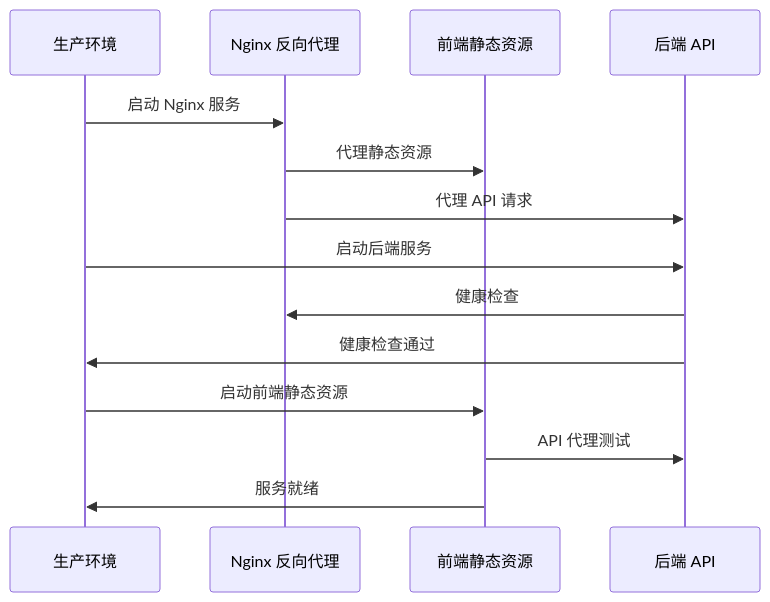
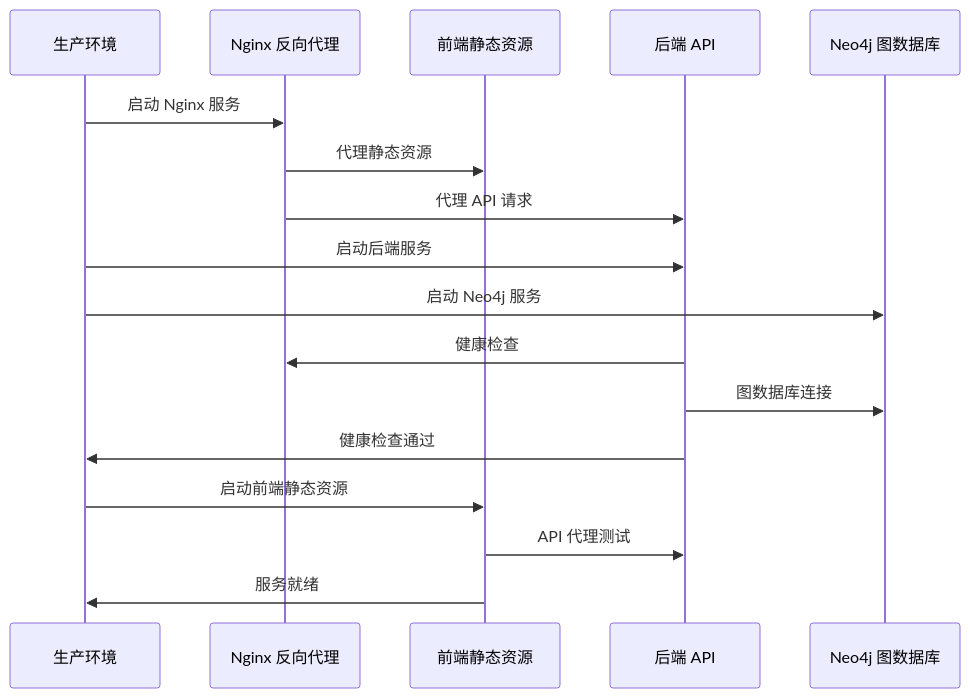
The fifth of 21 diagrams in .qoder/repowiki/zh/content/Docker Deployment.md (xfbyxq/ai-novel-system), drawn with Mermaid before and after one commit. The commit also changed other lines of this file and 19 other files, not shown here.

First line of the commit message:
feat(graph): 新增图数据库完整支持与AI聊天集成

````diff
--- a/.qoder/repowiki/zh/content/Docker Deployment.md
+++ b/.qoder/repowiki/zh/content/Docker Deployment.md
@@ -294,16 +331,19 @@
 ```mermaid
 sequenceDiagram
 participant PROD as 生产环境
 participant NGINX as Nginx 反向代理
 participant FRONTEND as 前端静态资源
 participant BACKEND as 后端 API
+participant NEO4J as Neo4j 图数据库
 PROD->>NGINX : 启动 Nginx 服务
 NGINX->>FRONTEND : 代理静态资源
 NGINX->>BACKEND : 代理 API 请求
 PROD->>BACKEND : 启动后端服务
+PROD->>NEO4J : 启动 Neo4j 服务
 BACKEND->>NGINX : 健康检查
+BACKEND->>NEO4J : 图数据库连接
 BACKEND->>PROD : 健康检查通过
 PROD->>FRONTEND : 启动前端静态资源
 FRONTEND->>BACKEND : API 代理测试
 FRONTEND->>PROD : 服务就绪
 ```
````
